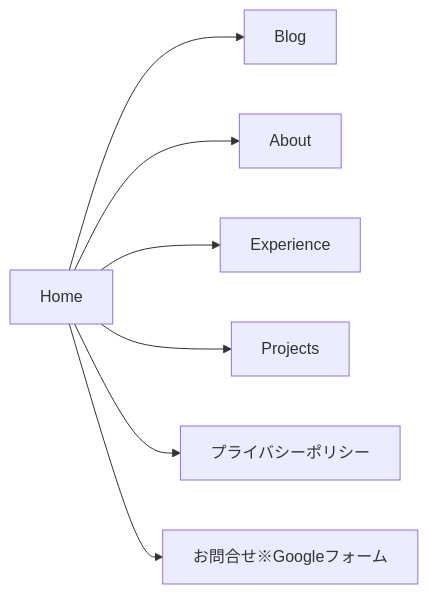
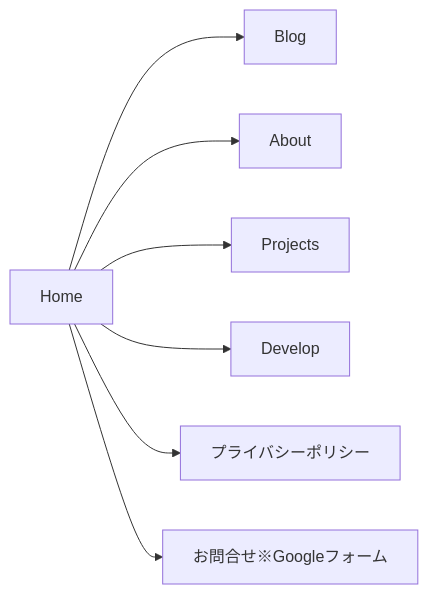
The second of 2 diagrams in README.md (morimorig3/my-site-v3), drawn with Mermaid before and after one commit. The commit also changed other lines of this file, not shown here.

````diff
--- a/README.md
+++ b/README.md
@@ -45,10 +44,10 @@
 ```mermaid
 graph LR
 
 Home-->Blog
 Home-->About
-Home-->Experience
 Home-->Projects
+Home-->Develop
 Home-->プライバシーポリシー
 Home-->お問合せ["お問合せ※Googleフォーム"]
 ```
````
